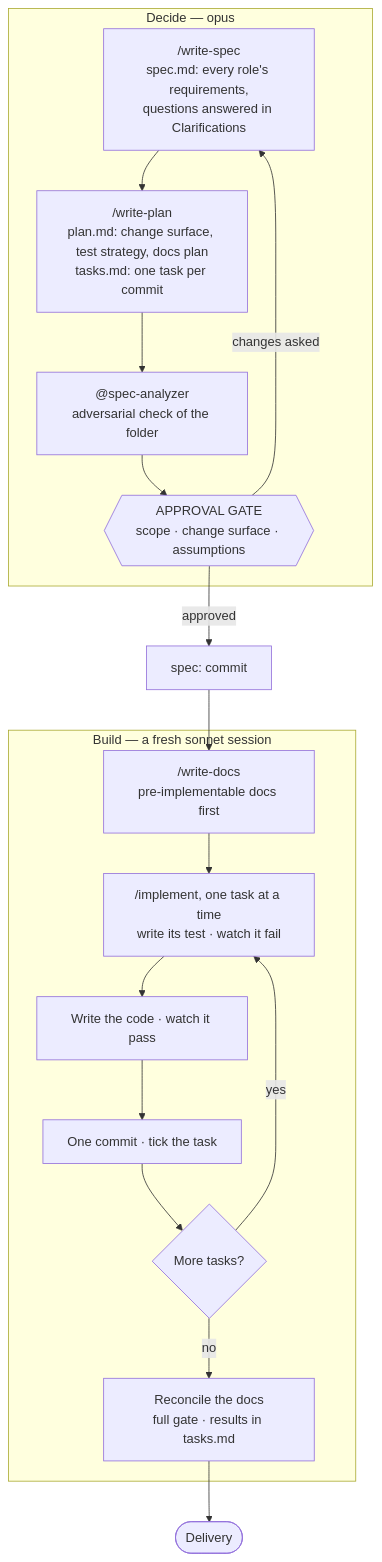
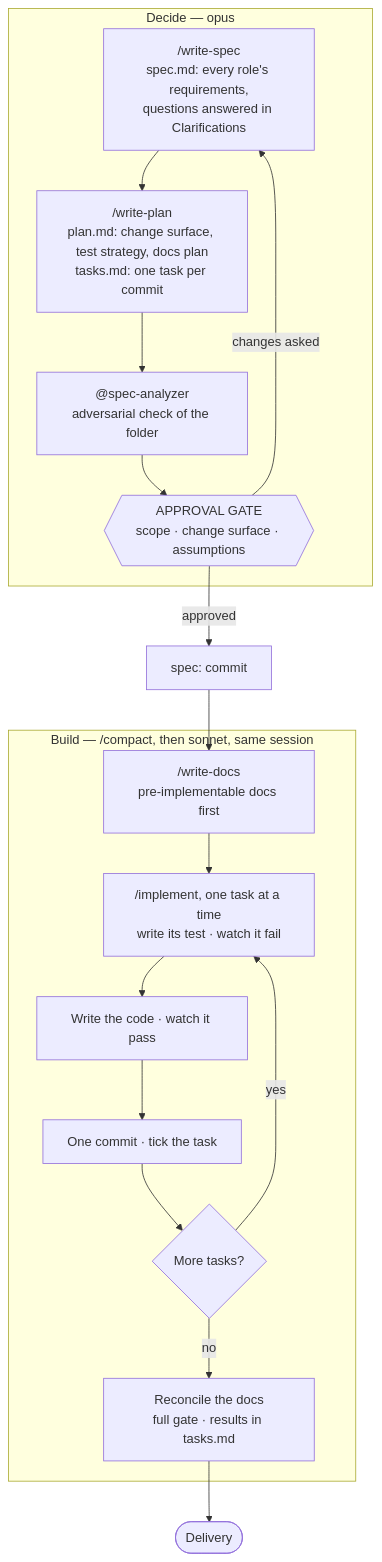
Before and after one commit to Aplyca/AgenticDevelopmentFramework: the third of 6 diagrams in README.md, drawn with Mermaid. The commit also changed other lines of this file and 20 other files, not shown here.

First line of the commit message:
fix: one session per task; compact after the gate, cap context at 300k (0062) (#123)

````diff
--- a/README.md
+++ b/README.md
@@ -274,25 +274,25 @@
 ```mermaid
 flowchart TD
     subgraph decide["Decide — opus"]
         spec["/write-spec<br/>spec.md: every role's requirements,<br/>questions answered in Clarifications"]
         plan["/write-plan<br/>plan.md: change surface, test strategy, docs plan<br/>tasks.md: one task per commit"]
         analyzer["@spec-analyzer<br/>adversarial check of the folder"]
         gate{{"APPROVAL GATE<br/>scope · change surface · assumptions"}}
         spec --> plan --> analyzer --> gate
         gate -->|changes asked| spec
     end
     gate -->|approved| speccommit["spec: commit"]
     speccommit --> docs
-    subgraph build["Build — a fresh sonnet session"]
+    subgraph build["Build — /compact, then sonnet, same session"]
         docs["/write-docs<br/>pre-implementable docs first"]
         writetest["/implement, one task at a time<br/>write its test · watch it fail"]
         writecode["Write the code · watch it pass"]
         taskcommit["One commit · tick the task"]
         moretasks{"More tasks?"}
         reconcile["Reconcile the docs<br/>full gate · results in tasks.md"]
         docs --> writetest --> writecode --> taskcommit --> moretasks
         moretasks -->|yes| writetest
         moretasks -->|no| reconcile
     end
     reconcile --> delivery(["Delivery"])
 ```
````
